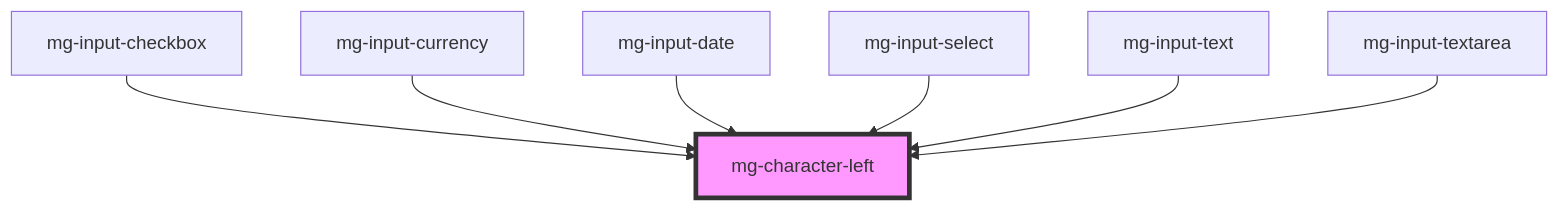
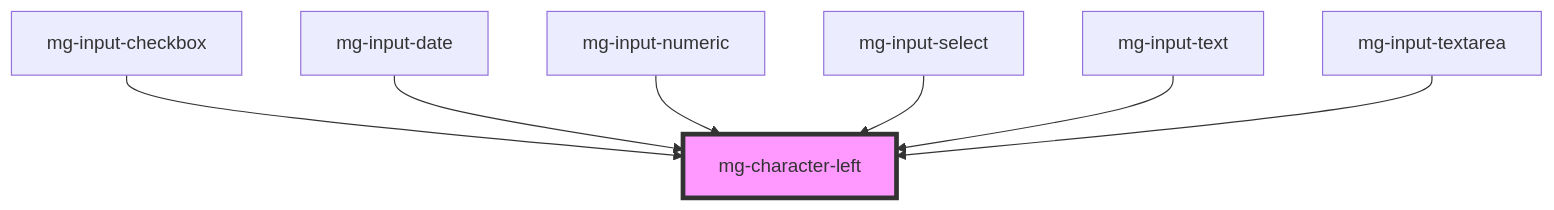
Before and after one commit to MGDIS/mg-components: the diagram in src/components/atoms/mg-character-left/readme.md, drawn with Mermaid. The commit also changed other lines of this file and 20 other files, not shown here.

````diff
--- a/src/components/atoms/mg-character-left/readme.md
+++ b/src/components/atoms/mg-character-left/readme.md
@@ -30,10 +30,10 @@
 ```mermaid
 graph TD;
   mg-input-checkbox --> mg-character-left
-  mg-input-currency --> mg-character-left
   mg-input-date --> mg-character-left
+  mg-input-numeric --> mg-character-left
   mg-input-select --> mg-character-left
   mg-input-text --> mg-character-left
   mg-input-textarea --> mg-character-left
   style mg-character-left fill:#f9f,stroke:#333,stroke-width:4px
 ```
````
